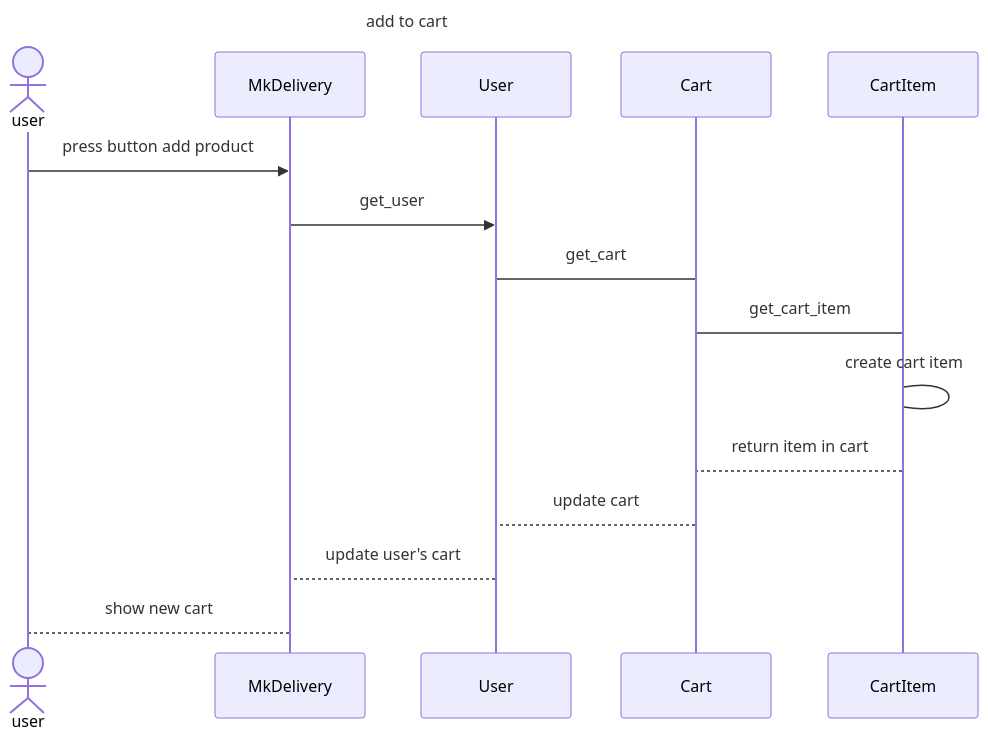
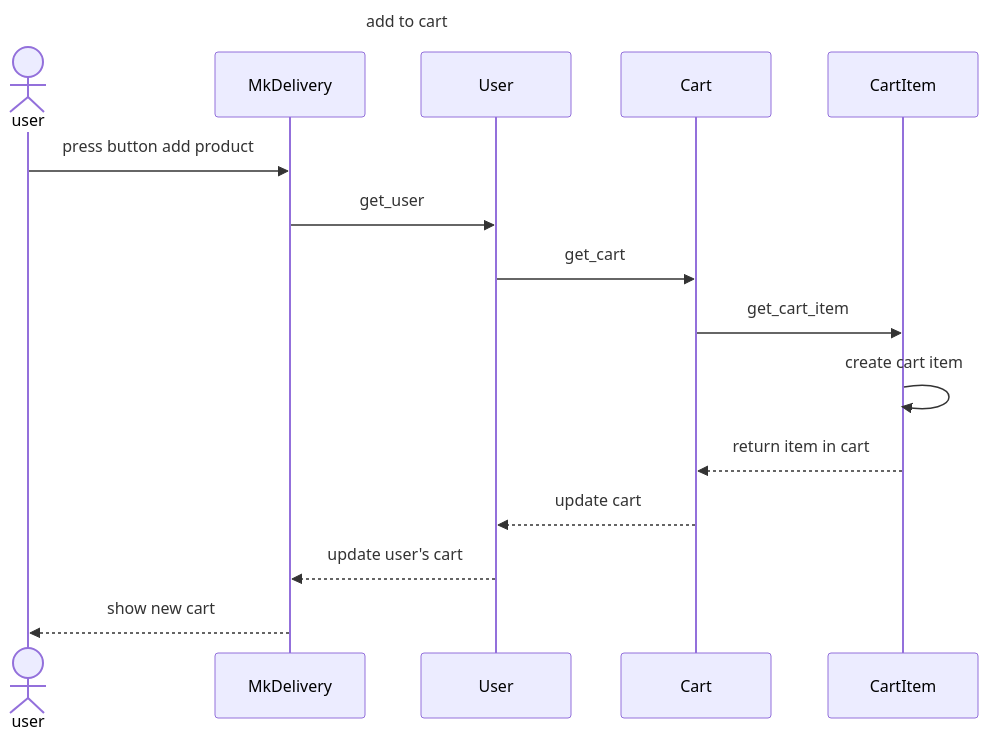
The diagram in sequence_diag/cart/add_to_cart.mmd (MxMhx/OOP_Project_MK_website), drawn with Mermaid before and after one commit. The commit also changed 2 other files, not shown here.

```diff
--- a/sequence_diag/cart/add_to_cart.mmd
+++ b/sequence_diag/cart/add_to_cart.mmd
@@ -1,16 +1,16 @@
 sequenceDiagram
     title add to cart 
     actor user
     participant MkDelivery
     participant User
     participant Cart 
     participant CartItem
     user ->> MkDelivery :press button add product
     MkDelivery ->> User:get_user
-    User -> Cart: get_cart
-    Cart -> CartItem:get_cart_item 
-    CartItem -> CartItem :create cart item
-    CartItem --> Cart: return item in cart 
-    Cart --> User: update cart
-    User --> MkDelivery :update user's cart
-    MkDelivery --> user:show new cart
+    User ->> Cart: get_cart
+    Cart ->> CartItem:get_cart_item 
+    CartItem ->> CartItem :create cart item
+    CartItem -->> Cart: return item in cart 
+    Cart -->> User: update cart
+    User -->> MkDelivery :update user's cart
+    MkDelivery -->> user:show new cart
```
